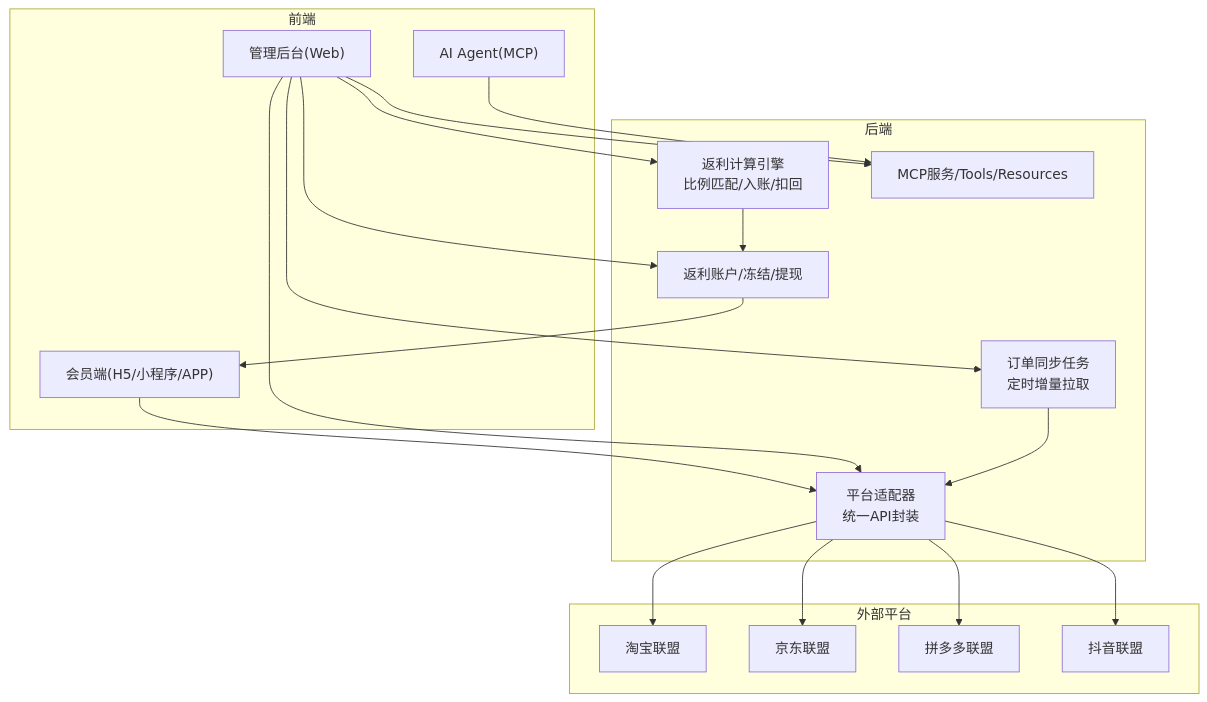
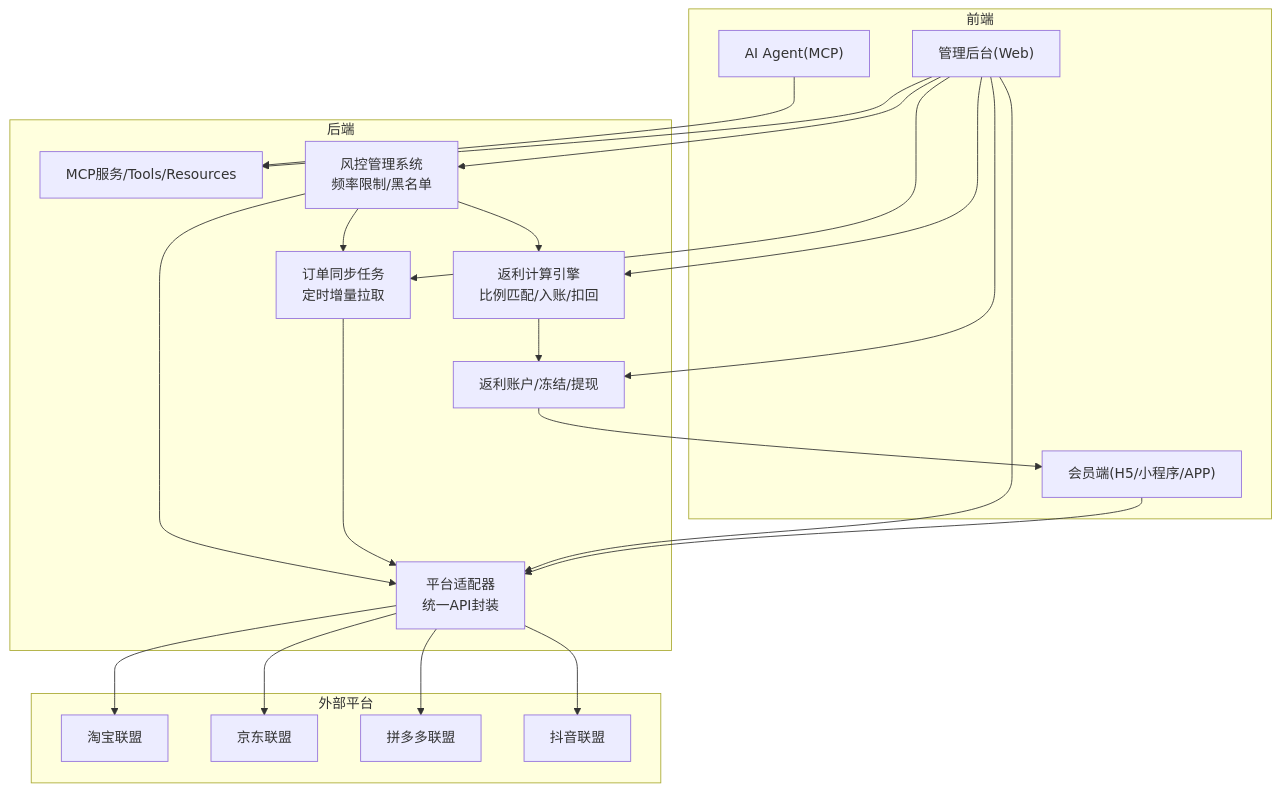
Before and after one commit to zhuangpengLI/AgenticCPS: the second of 8 diagrams in .qoder/repowiki/zh/content/后端服务架构/业务模块概览/CPS业务模块/CPS业务模块.md, drawn with Mermaid. The commit also changed other lines of this file and 42 other files, not shown here.

````diff
--- a/.qoder/repowiki/zh/content/后端服务架构/业务模块概览/CPS业务模块/CPS业务模块.md
+++ b/.qoder/repowiki/zh/content/后端服务架构/业务模块概览/CPS业务模块/CPS业务模块.md
@@ -74,35 +88,40 @@
 ```mermaid
 graph TB
 subgraph "前端"
 UI_Member["会员端(H5/小程序/APP)"]
 UI_Admin["管理后台(Web)"]
 UI_AI["AI Agent(MCP)"]
 end
 subgraph "后端"
 Adapter["平台适配器<br/>统一API封装"]
 Sync["订单同步任务<br/>定时增量拉取"]
 Calc["返利计算引擎<br/>比例匹配/入账/扣回"]
 Wallet["返利账户/冻结/提现"]
 MCP["MCP服务/Tools/Resources"]
+RiskControl["风控管理系统<br/>频率限制/黑名单"]
 end
 subgraph "外部平台"
 Taobao["淘宝联盟"]
 JD["京东联盟"]
 PDD["拼多多联盟"]
 Douyin["抖音联盟"]
 end
 UI_Member --> Adapter
 UI_Admin --> Adapter
 UI_Admin --> Sync
 UI_Admin --> Calc
 UI_Admin --> Wallet
 UI_Admin --> MCP
+UI_Admin --> RiskControl
 UI_AI --> MCP
 Adapter --> Taobao
 Adapter --> JD
 Adapter --> PDD
 Adapter --> Douyin
 Sync --> Adapter
 Calc --> Wallet
 Wallet --> UI_Member
+RiskControl --> Adapter
+RiskControl --> Sync
+RiskControl --> Calc
 ```
````
